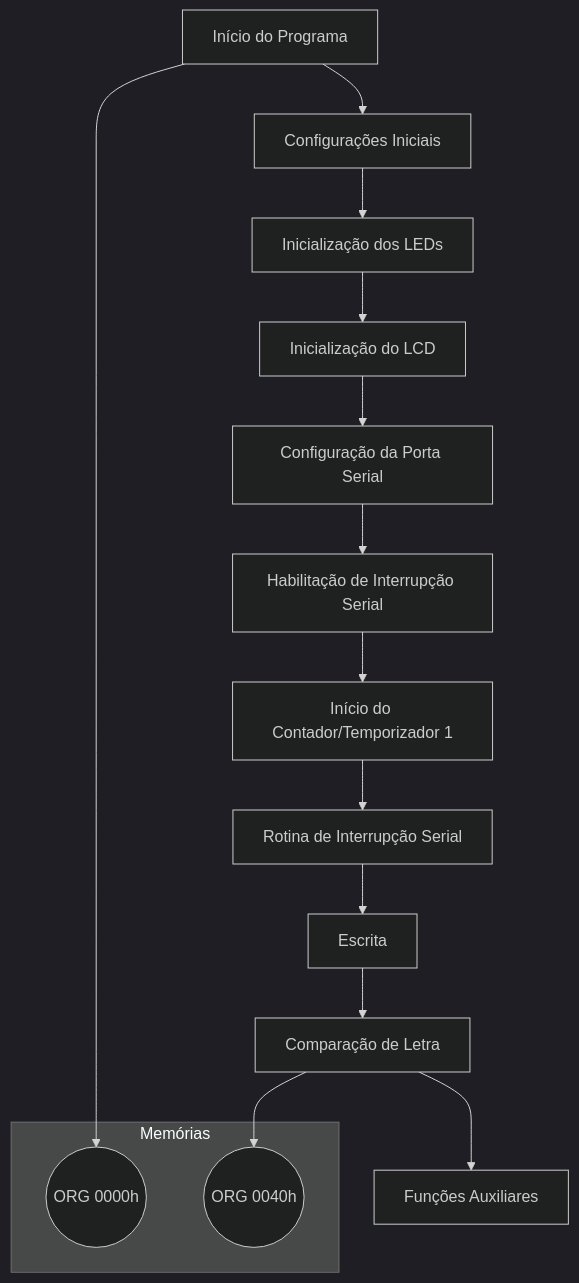
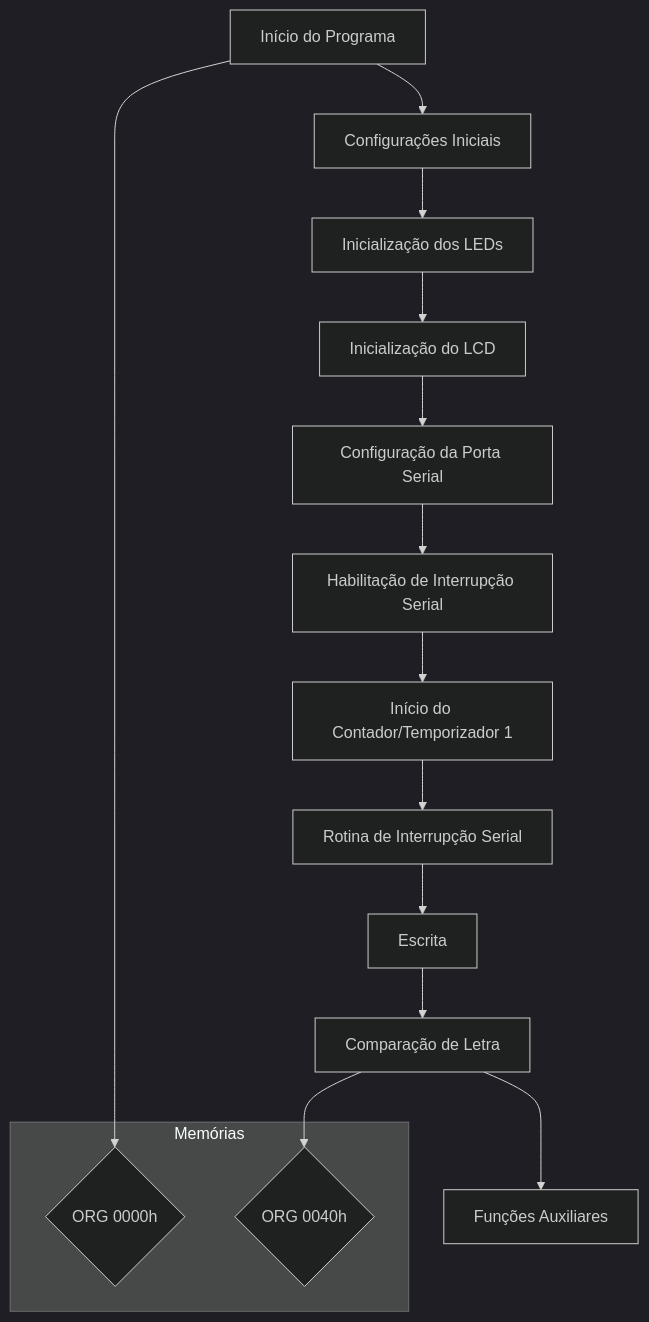
The diagram in README.md (Humbertin07/PJ.FORCA_ASSEMBLY), drawn with Mermaid (dark theme) before and after one commit.

````diff
--- a/README.md
+++ b/README.md
@@ -25,36 +25,36 @@
 ```mermaid
 graph TD;
 
     Início[Início do Programa]
     Configurações[Configurações Iniciais]
     LEDs[Inicialização dos LEDs]
 
     LCD[Inicialização do LCD]
     Porta_Serial[Configuração da Porta Serial]
     Interrupção_Serial[Habilitação de Interrupção Serial]
     Contador_Temporizador[Início do Contador/Temporizador 1]
     Rotina_Interrupção[Rotina de Interrupção Serial]
     Escrita[Escrita]
     Comparação_Letra[Comparação de Letra]
     Funções_Auxiliares[Funções Auxiliares]
     
     Início --> Configurações
     Configurações --> LEDs
     LEDs --> LCD
     LCD --> Porta_Serial
     Porta_Serial --> Interrupção_Serial
     Interrupção_Serial --> Contador_Temporizador
     Contador_Temporizador --> Rotina_Interrupção
     Rotina_Interrupção --> Escrita
     Escrita --> Comparação_Letra
     Comparação_Letra --> Funções_Auxiliares
 
     subgraph Memórias
-        posInicio((ORG 0000h))
-        posPalavra((ORG 0040h))
+        posInicio{ORG 0000h}
+        posPalavra{ORG 0040h}
     end
 
     Início --> posInicio
     Comparação_Letra --> posPalavra
 
 ```
````
